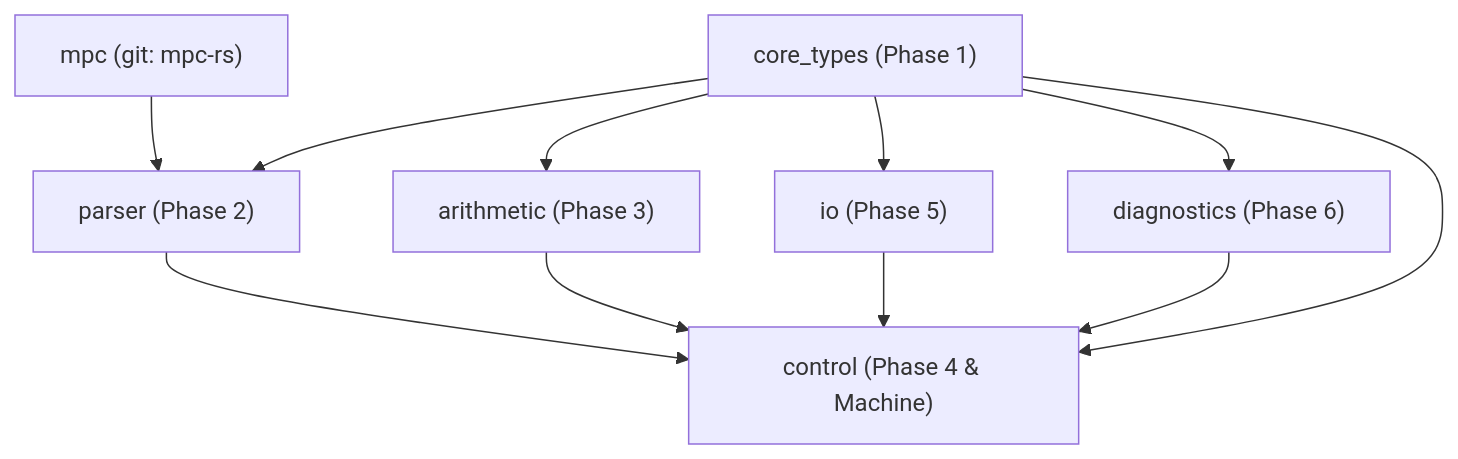
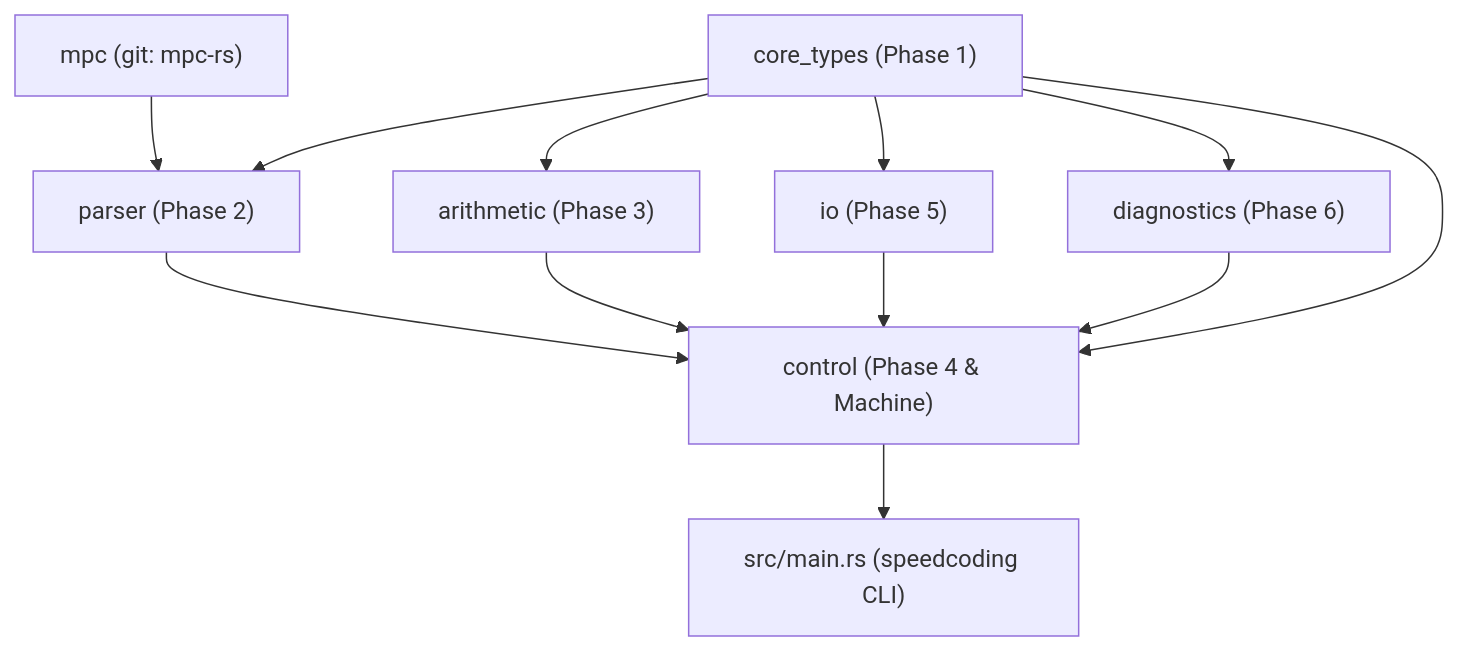
Before and after one commit to Mr-Kumar-Abhishek/speedcoding: the diagram in docs/README.md, drawn with Mermaid. The commit also changed other lines of this file and 5 other files, not shown here.

````diff
--- a/docs/README.md
+++ b/docs/README.md
@@ -23,13 +24,14 @@
 ```mermaid
 flowchart TD
     MPC["mpc (git: mpc-rs)"] --> PAR["parser (Phase 2)"]
     CT["core_types (Phase 1)"] --> PAR
     CT --> ARITH["arithmetic (Phase 3)"]
     CT --> IO["io (Phase 5)"]
     CT --> DIAG["diagnostics (Phase 6)"]
     CT --> CTRL["control (Phase 4 & Machine)"]
     PAR --> CTRL
     ARITH --> CTRL
     IO --> CTRL
     DIAG --> CTRL
+    CTRL --> CLI["src/main.rs (speedcoding CLI)"]
 ```
````
